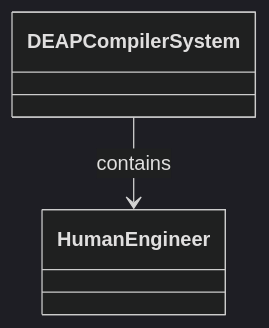
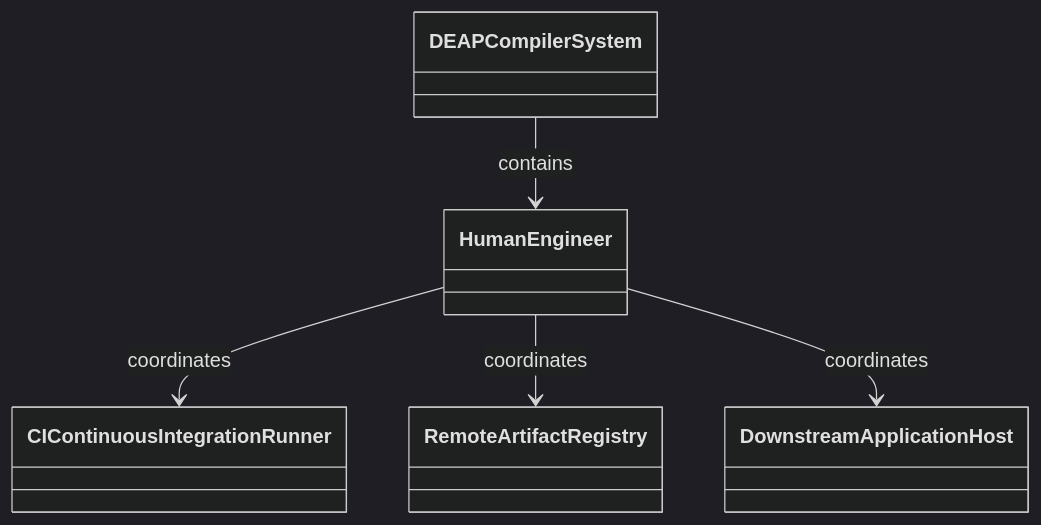
The first of 2 diagrams in docs/epics/EPIC-02-ConOps.md (gintatkinson/dumpiler-01), drawn with Mermaid (dark theme) before and after one commit. The commit also changed other lines of this file and 45 other files, not shown here.

````diff
--- a/docs/epics/EPIC-02-ConOps.md
+++ b/docs/epics/EPIC-02-ConOps.md
@@ -71,6 +71,12 @@
 ```mermaid
 classDiagram
     class DEAPCompilerSystem
     class HumanEngineer
+    class CIContinuousIntegrationRunner
+    class RemoteArtifactRegistry
+    class DownstreamApplicationHost
     DEAPCompilerSystem --> HumanEngineer : contains
+    HumanEngineer --> CIContinuousIntegrationRunner : coordinates
+    HumanEngineer --> RemoteArtifactRegistry : coordinates
+    HumanEngineer --> DownstreamApplicationHost : coordinates
 ```
````
